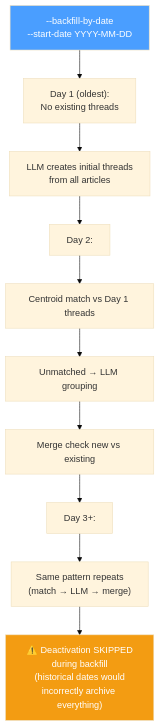
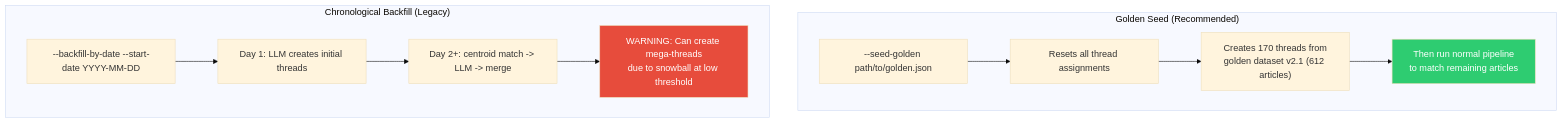
One commit to choym92/araverus changed the ninth of 10 diagrams in docs/1.2-news-threading-visual.md. Above: the diagram before and after it, drawn with Mermaid (base theme). The commit also changed other lines of this file and 40 other files, not shown here.

````diff
--- a/docs/1.2-news-threading-visual.md
+++ b/docs/1.2-news-threading-visual.md
@@ -263,19 +316,21 @@
 ```mermaid
 flowchart TD
-    START["--backfill-by-date<br/>--start-date YYYY-MM-DD"] --> D1
+    subgraph GOLDEN ["Golden Seed (Recommended)"]
+        G1["--seed-golden path/to/golden.json"]
+        G2["Resets all thread assignments"]
+        G3["Creates 170 threads from<br/>golden dataset v2.1 (612 articles)"]
+        G4["Then run normal pipeline<br/>to match remaining articles"]
+        G1 --> G2 --> G3 --> G4
+    end
 
-    D1["Day 1 (oldest):<br/>No existing threads"] --> LLM1["LLM creates initial threads<br/>from all articles"]
-    LLM1 --> D2
+    subgraph CHRONO ["Chronological Backfill (Legacy)"]
+        C1["--backfill-by-date --start-date YYYY-MM-DD"]
+        C2["Day 1: LLM creates initial threads"]
+        C3["Day 2+: centroid match -> LLM -> merge"]
+        C4["WARNING: Can create mega-threads<br/>due to snowball at low threshold"]
+        C1 --> C2 --> C3 --> C4
+    end
 
-    D2["Day 2:"] --> MATCH2["Centroid match vs Day 1 threads"]
-    MATCH2 --> LLM2["Unmatched → LLM grouping"]
-    LLM2 --> MERGE2["Merge check new vs existing"]
-    MERGE2 --> D3
-
-    D3["Day 3+:"] --> REPEAT["Same pattern repeats<br/>(match → LLM → merge)"]
-
-    REPEAT --> NOTE["⚠️ Deactivation SKIPPED<br/>during backfill<br/>(historical dates would<br/>incorrectly archive everything)"]
-
-    style NOTE fill:#f39c12,color:#fff
-    style START fill:#4a9eff,color:#fff
+    style G4 fill:#2ecc71,color:#fff
+    style C4 fill:#e74c3c,color:#fff
 ```
````
